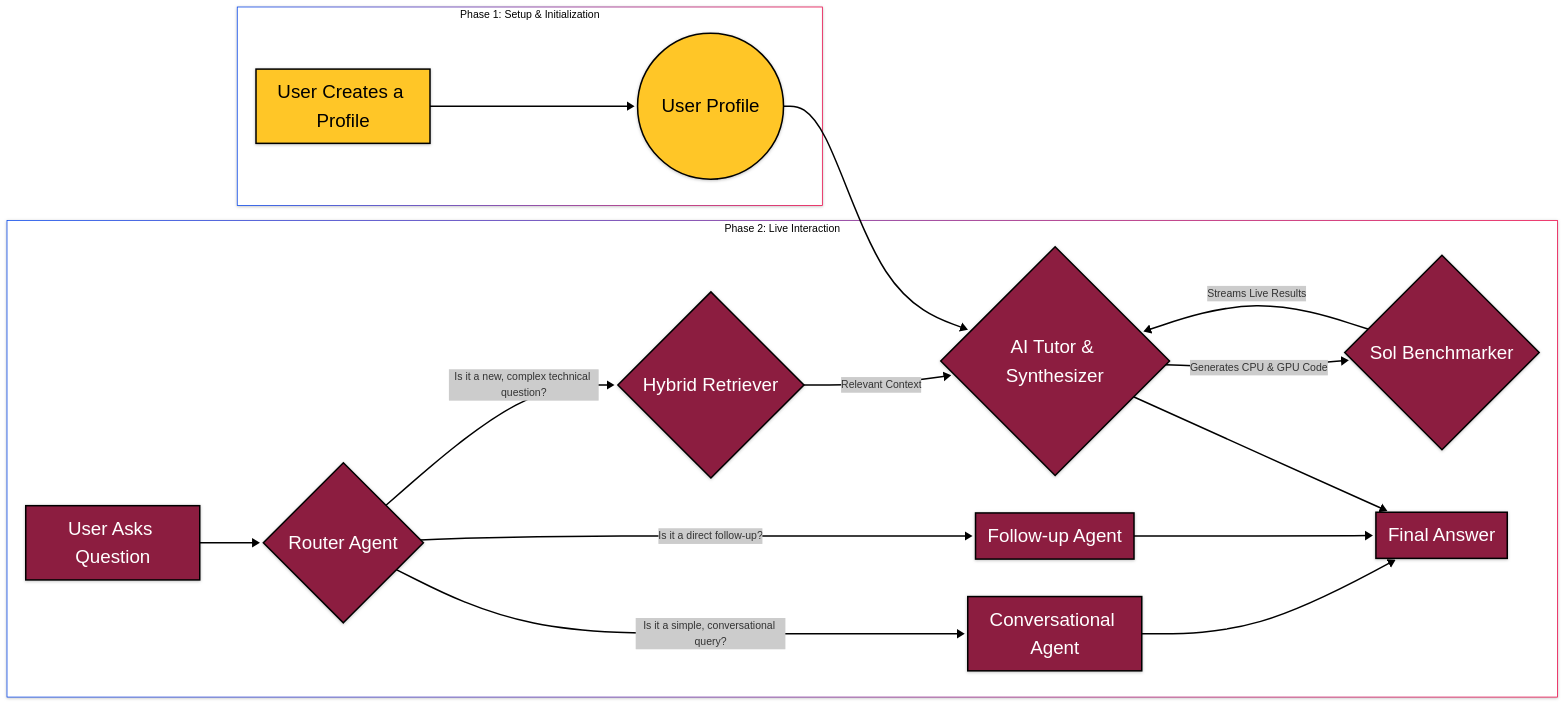
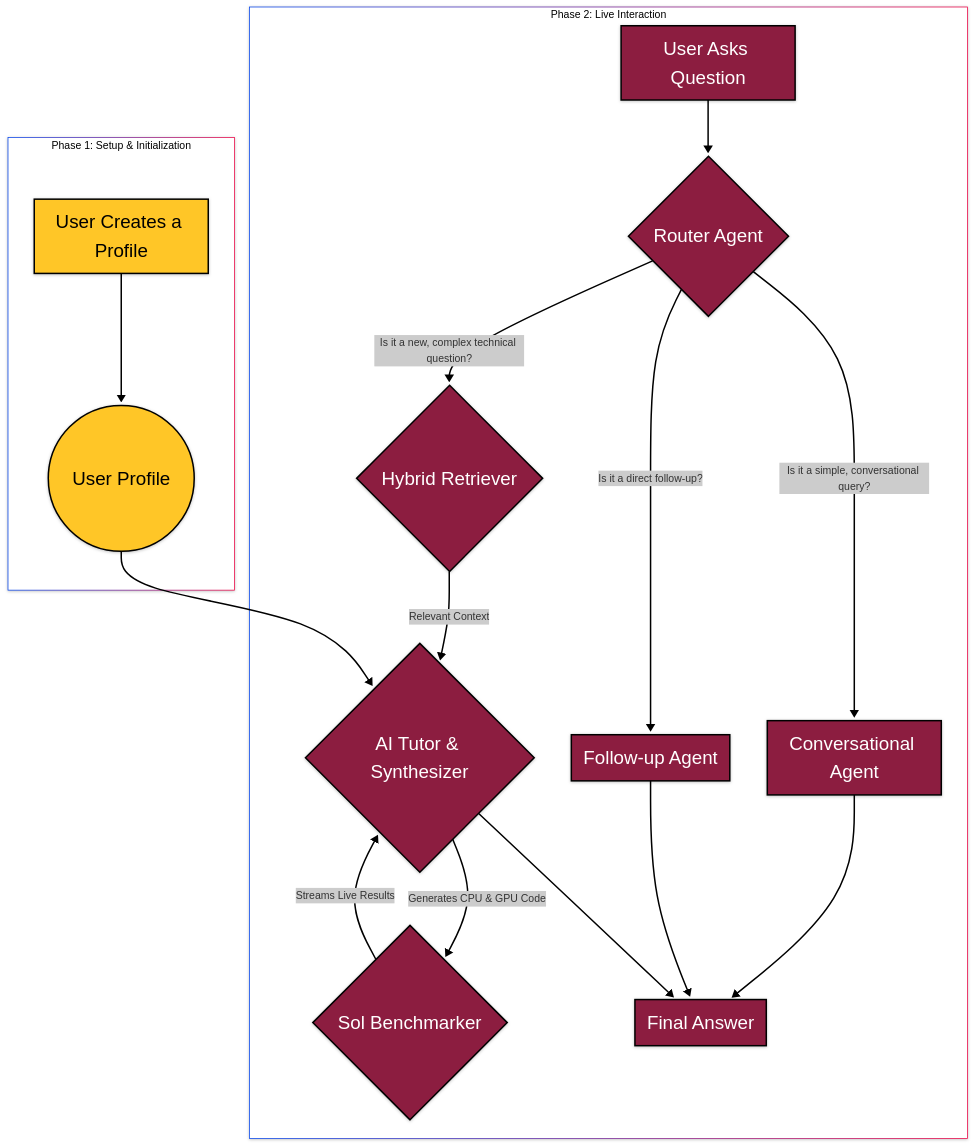
Before and after one commit to Ashwith25/ai-tutor-hackathon: the diagram in Readme.md, drawn with Mermaid.

````diff
--- a/Readme.md
+++ b/Readme.md
@@ -20,48 +20,48 @@
 ```mermaid
 ---
 config:
   theme: neo
   look: neo
   layout: fixed
 ---
-flowchart LR
+flowchart TD
  subgraph subGraph0["Phase 1: Setup &amp; Initialization"]
         P(("User Profile"))
         Z["User Creates a Profile"]
   end
  subgraph subGraph1["Phase 2: Live Interaction"]
         M{"Router Agent"}
         A["User Asks Question"]
         H["Conversational Agent"]
         I["Follow-up Agent"]
         C{"Hybrid Retriever"}
         D{"AI Tutor & Synthesizer"}
         F{"Sol Benchmarker"}
         G["Final Answer"]
   end
     Z --> P
     A --> M
     M -- Is it a simple, conversational query? --> H
     M -- "Is it a direct follow-up?" --> I
     M -- Is it a new, complex technical question? --> C
     C -- Relevant Context --> D
     D -- Generates CPU &amp; GPU Code --> F
     F -- Streams Live Results --> D
     H --> G
     I --> G
     D --> G
     P --> D
      P:::userElements
      Z:::userElements
      M:::mainProcess
      A:::mainProcess
      H:::mainProcess
      I:::mainProcess
      C:::mainProcess
      D:::mainProcess
      F:::mainProcess
      G:::finalAnswer
     classDef mainProcess fill:#8c1d40,stroke:black,stroke-width:2px,color:white,font-size:25px
     classDef userElements fill:#ffc627,stroke:black,stroke-width:2px,color:black,font-size:25px
     classDef finalAnswer fill:#8c1d40,stroke:black,stroke-width:2px,color:white,font-size:25px
 ```
````
